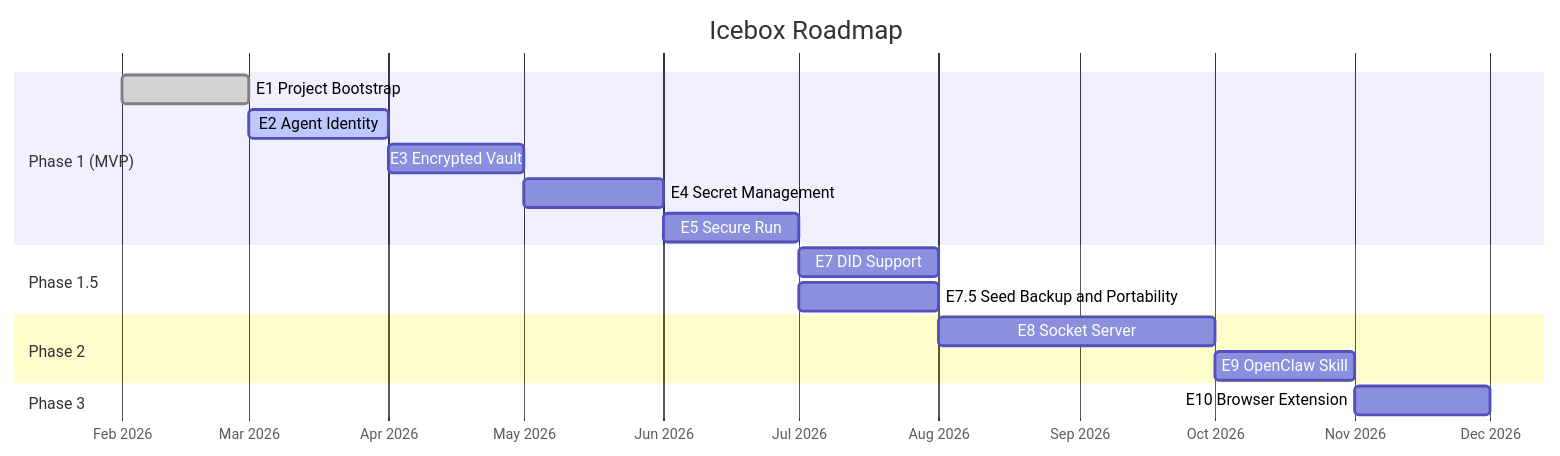
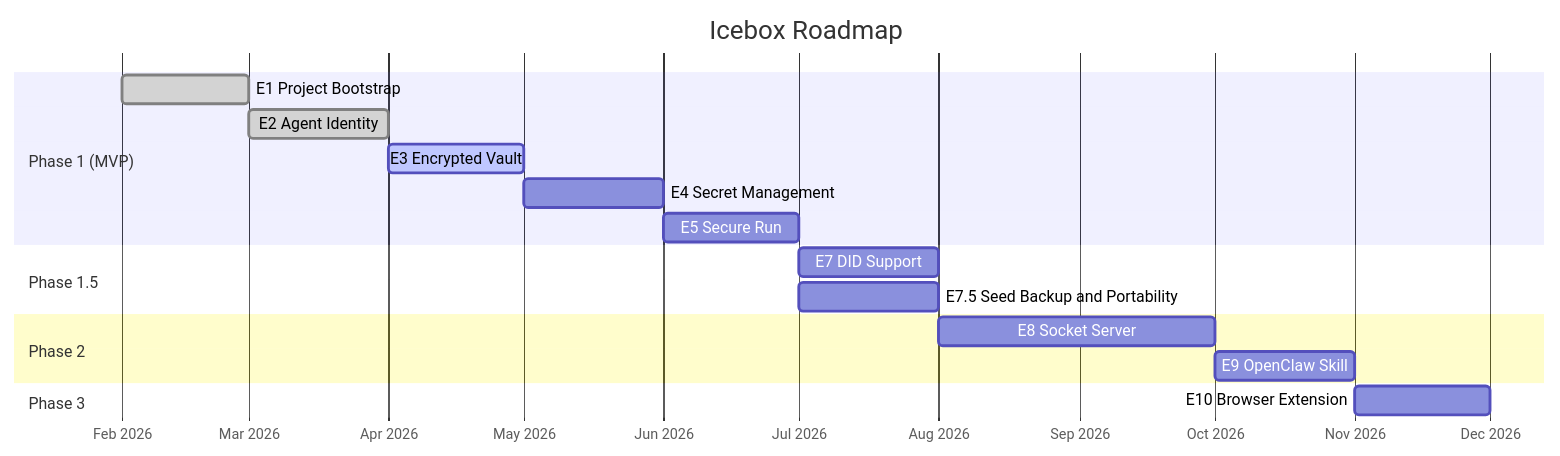
The diagram in docs/plan/ROADMAP.md (torbenanderson/icebox-cli), drawn with Mermaid before and after one commit. The commit also changed other lines of this file and 23 other files, not shown here.

````diff
--- a/docs/plan/ROADMAP.md
+++ b/docs/plan/ROADMAP.md
@@ -15,24 +28,24 @@
 ```mermaid
 gantt
     title Icebox Roadmap
     dateFormat YYYY-MM
     axisFormat %b %Y
 
     section Phase 1 (MVP)
     E1 Project Bootstrap             :done, e1, 2026-02, 2026-03
-    E2 Agent Identity               :active, e2, after e1, 2026-04
-    E3 Encrypted Vault              :e3, after e2, 2026-05
+    E2 Agent Identity               :done, e2, after e1, 2026-04
+    E3 Encrypted Vault              :active, e3, after e2, 2026-05
     E4 Secret Management            :e4, after e3, 2026-06
     E5 Secure Run                   :e5, after e4, 2026-07
 
     section Phase 1.5
     E7 DID Support                  :e7, after e5, 2026-08
     E7.5 Seed Backup and Portability :e75, after e5, 2026-08
 
     section Phase 2
     E8 Socket Server                :e8, after e7, 2026-10
     E9 OpenClaw Skill               :e9, after e8, 2026-11
 
     section Phase 3
     E10 Browser Extension           :e10, after e9, 2026-12
 ```
````
